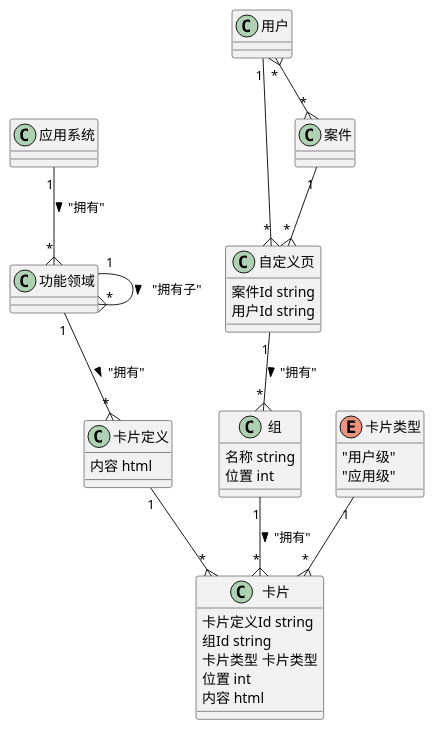
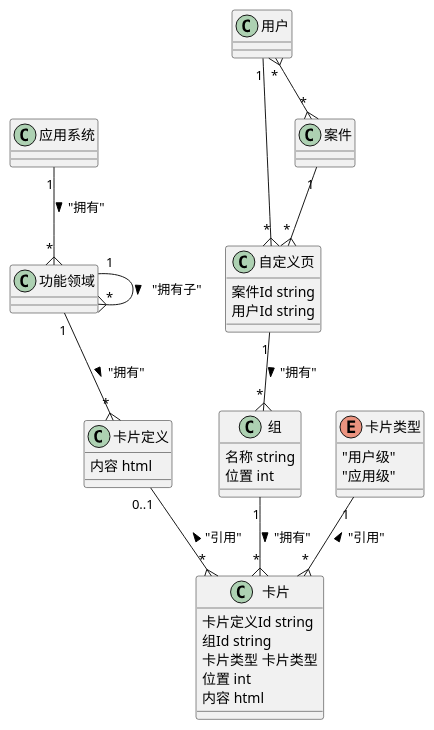
The diagram in app/domain/sys/xuml-card/model.puml (liuxd6825/dapr-go-ddd-sdk), drawn with PlantUML before and after one commit.

Commit message:
card管理系统设计

```diff
--- a/app/domain/sys/xuml-card/model.puml
+++ b/app/domain/sys/xuml-card/model.puml
@@ -1,44 +1,44 @@
 @startuml
 class "应用系统" as app {
 }
 class "功能领域" as domain {
 }
 class "卡片定义" as cardFile {
     内容 html
 }
 class "自定义页" as pageView {
     案件Id string
     用户Id string
 }
 class "组" as groupView {
     名称 string
     位置 int
 }
 class "卡片" as cardView {
     卡片定义Id string
     组Id string
     卡片类型 卡片类型
     位置 int
     内容 html
 }
 class "案件" as case {
 }
 class "用户" as user {
 }
 enum "卡片类型" as cardType {
     "用户级"
     "应用级"
 }
 app "1" --{ "*" domain : "拥有" >
 domain "1" --{ "*" cardFile : "拥有" >
 user "*" }--{ "*" case
 case "1" --{ "*" pageView
 user "1" --{ "*" pageView
 
 pageView "1" --{ "*" groupView : "拥有" >
 groupView "1"  --{ "*" cardView :  "拥有" >
-cardType "1" --{ "*" cardView
-cardFile "1" --{ "*" cardView
+cardType "1" --{ "*" cardView : "引用" <
+cardFile "0..1" --{ "*" cardView : "引用" <
 domain "1" --{ "*" domain : "拥有子" >
 
 @enduml
```
